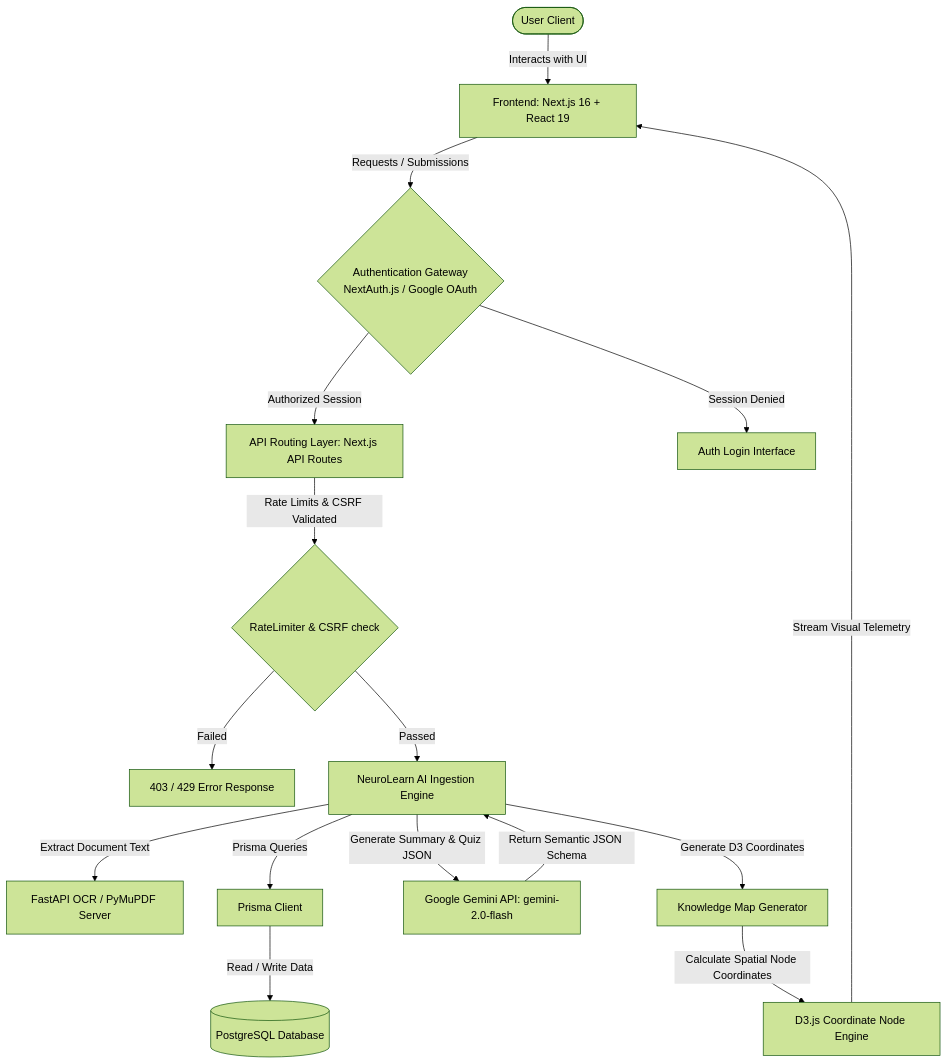
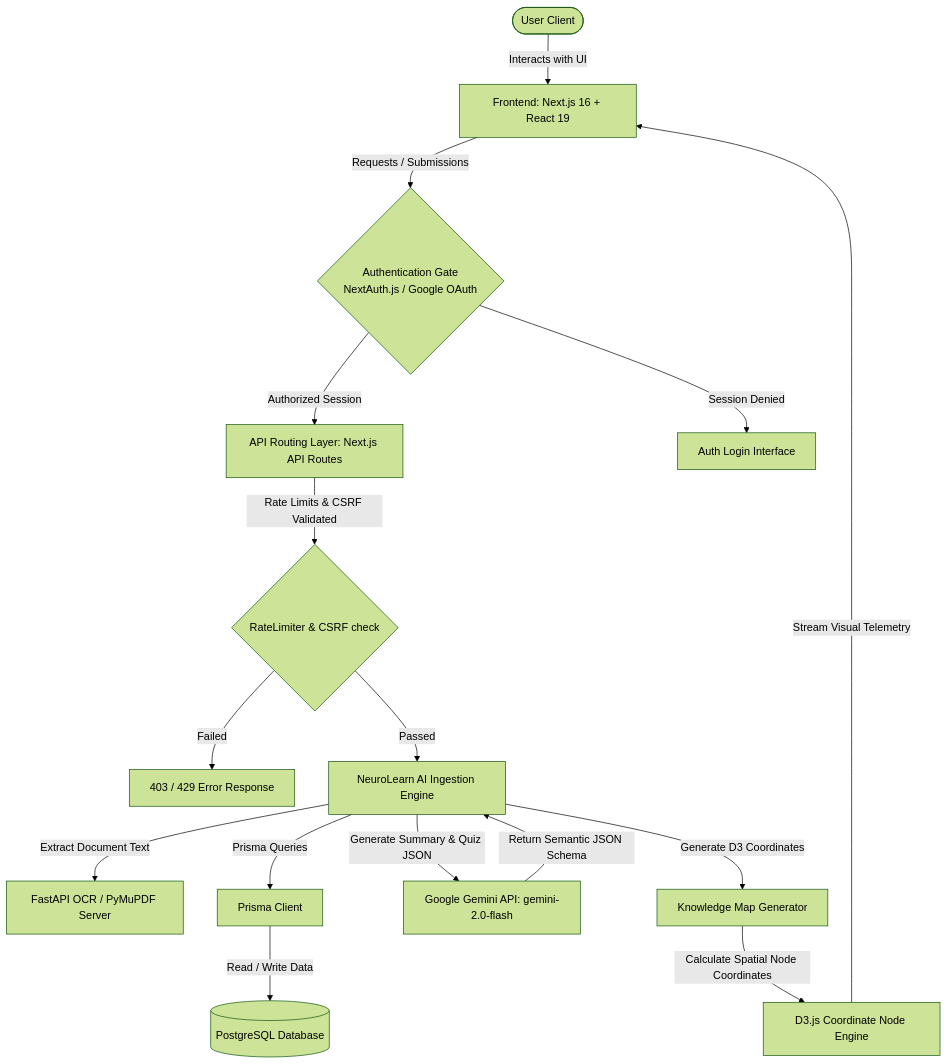
The first of 2 diagrams in README.md (yash-008-dev/yash-008-dev), drawn with Mermaid (forest theme) before and after one commit. The commit also changed other lines of this file, not shown here.

````diff
--- a/README.md
+++ b/README.md
@@ -56,18 +83,18 @@
 ```mermaid
 flowchart TD
     User([User Client]) -->|Interacts with UI| FE[Frontend: Next.js 16 + React 19]
-    FE -->|Requests / Submissions| Auth{Authentication Gateway\nNextAuth.js / Google OAuth}
+    FE -->|Requests / Submissions| Auth{Authentication Gate\nNextAuth.js / Google OAuth}
     Auth -->|Authorized Session| API[API Routing Layer: Next.js API Routes]
     Auth -->|Session Denied| Login[Auth Login Interface]
     API -->|Rate Limits & CSRF Validated| CSRF{RateLimiter & CSRF check}
     CSRF -->|Failed| Blocked[403 / 429 Error Response]
     CSRF -->|Passed| AI_Engine[NeuroLearn AI Ingestion Engine]
     AI_Engine -->|Extract Document Text| PY_Service[FastAPI OCR / PyMuPDF Server]
     AI_Engine -->|Prisma Queries| Prisma[Prisma Client]
     Prisma -->|Read / Write Data| DB[(PostgreSQL Database)]
     AI_Engine -->|Generate Summary & Quiz JSON| Gemini[Google Gemini API: gemini-2.0-flash]
     Gemini -->|Return Semantic JSON Schema| AI_Engine
     AI_Engine -->|Generate D3 Coordinates| Map_Gen[Knowledge Map Generator]
     Map_Gen -->|Calculate Spatial Node Coordinates| D3[D3.js Coordinate Node Engine]
     D3 -->|Stream Visual Telemetry| FE
 ```
````
